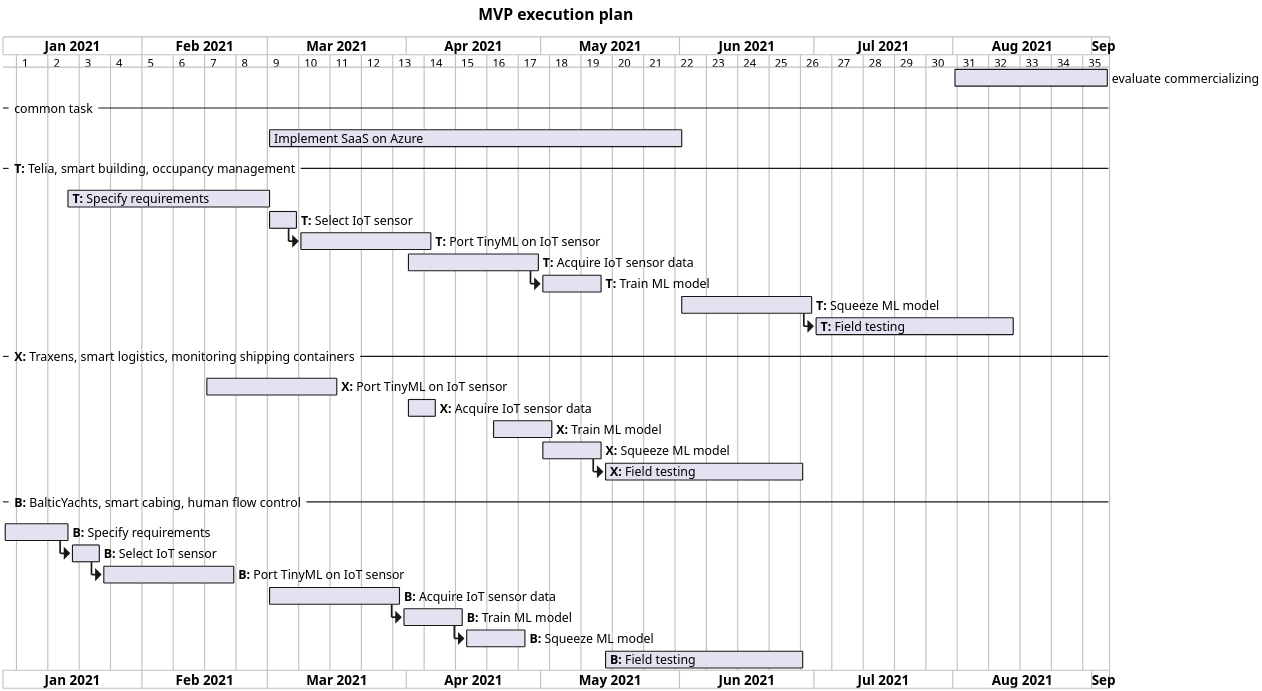
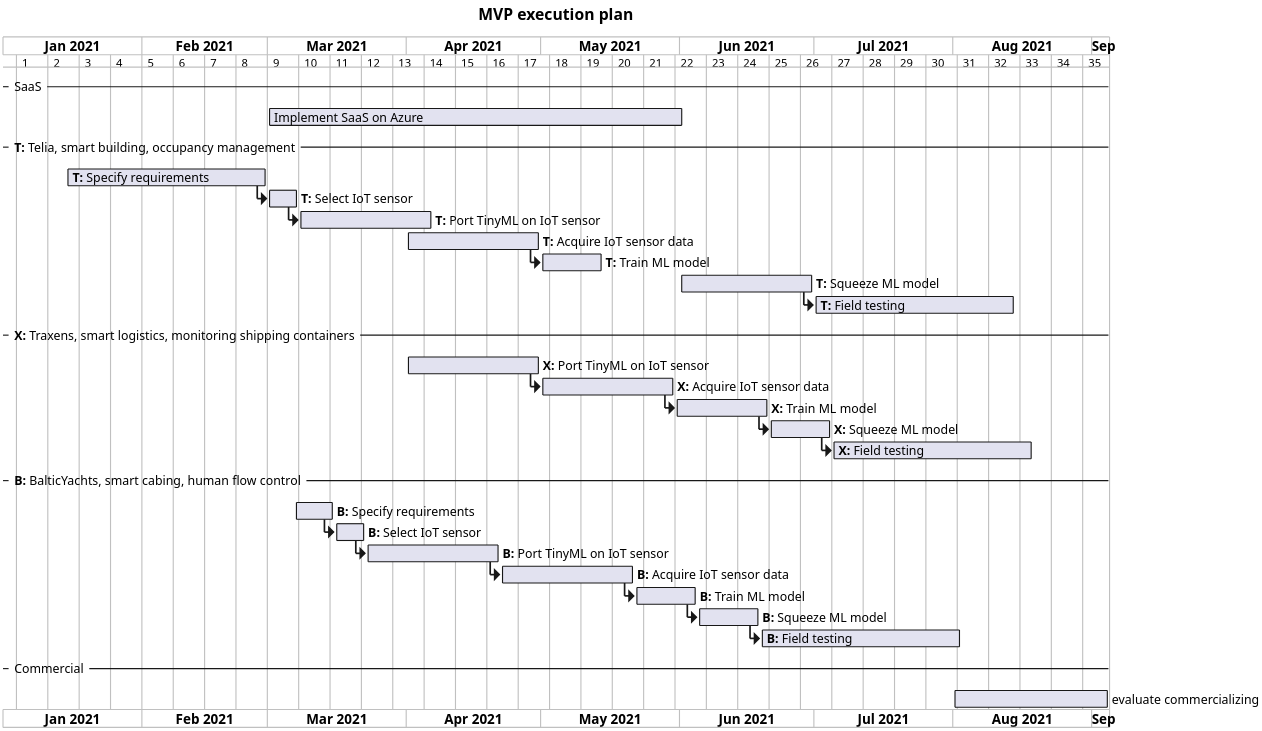
One commit to doyu/elc2019 changed the diagram in gantt.puml. Above: the diagram before and after it, drawn with PlantUML. The commit also changed 6 other files, not shown here.

```diff
--- a/gantt.puml
+++ b/gantt.puml
@@ -1,44 +1,47 @@
 @startgantt
+
+scale 2048 width
 
 title MVP execution plan
 
 scale 5
 printscale weekly
 Project starts the 1st of january 2021
 
-[evaluate commercializing] starts at 2021/8/1 and lasts 35 days
-
--- common task --
+-- SaaS --
 [Implement SaaS on Azure] starts at 2021/3/1
 [Implement SaaS on Azure] ends at 2021/6/1
 
 
 -- **T:** Telia, smart building, occupancy management --
-[**T:** Specify requirements] starts at 2021/1/15 and ends at 2021/3/1
-[**T:** Select IoT sensor] starts at 2021/3/1 and lasts 7 days
+[**T:** Specify requirements] starts at 2021/1/15 and ends at 2021/2/28
+[**T:** Select IoT sensor] starts at [**T:** Specify requirements]'s end and lasts 7 days
 [**T:** Port TinyML on IoT sensor] starts at [**T:** Select IoT sensor]'s end and lasts 30 days
 [**T:** Acquire IoT sensor data] starts at 2021/4/1 and lasts 30 days
 [**T:** Train ML model] starts at [**T:** Acquire IoT sensor data]'s end and lasts 14 days
 [**T:** Squeeze ML model] starts at 2021/6/1 and lasts 30 days
 [**T:** Field testing] starts at [**T:** Squeeze ML model]'s end and lasts 45 days
 
 -- **X:** Traxens, smart logistics, monitoring shipping containers--
-[**X:** Port TinyML on IoT sensor] starts at 2021/2/15 and lasts 30 days
-[**X:** Acquire IoT sensor data] starts at 2021/4/1 and lasts 7 days
-[**X:** Train ML model] starts at 2021/4/20 and lasts 14 days
-[**X:** Squeeze ML model] starts at 2021/5/1 and lasts 14 days
+[**X:** Port TinyML on IoT sensor] starts at 2021/4/1 and lasts 30 days
+[**X:** Acquire IoT sensor data] starts at [**X:** Port TinyML on IoT sensor]'s end and lasts 30 days
+[**X:** Train ML model] starts at [**X:** Acquire IoT sensor data]'s end and lasts 21 days
+[**X:** Squeeze ML model] starts at [**X:** Train ML model]'s end and lasts 14 days
 [**X:** Field testing] starts at [**X:** Squeeze ML model]'s end and lasts 45 days
 
 -- **B:** BalticYachts, smart cabing, human flow control --
-[**B:** Specify requirements] starts at 2020/12/15 and ends at 2021/1/15
+[**B:** Specify requirements] starts at 2021/3/7 and ends at 2021/3/15
 [**B:** Select IoT sensor] starts at [**B:** Specify requirements]'s end and lasts 7 days
 [**B:** Port TinyML on IoT sensor] starts at [**B:** Select IoT sensor]'s end and lasts 30 days
-[**B:** Acquire IoT sensor data] starts at 2021/3/1 and lasts 30 days
+[**B:** Acquire IoT sensor data] starts at [**B:** Port TinyML on IoT sensor]'s end and lasts 30 days
 [**B:** Train ML model] starts at [**B:** Acquire IoT sensor data]'s end and lasts 14 days
 [**B:** Squeeze ML model] starts at [**B:** Train ML model]'s end and lasts 14 days
-[**B:** Field testing] starts at 2021/5/15 and lasts 45 days
+[**B:** Field testing] starts at [**B:** Squeeze ML model]'s end and lasts 45 days
 
+
+-- Commercial  --
+[evaluate commercializing] starts at 2021/8/1 and lasts 35 days
 
 
 
 @endgantt
```
